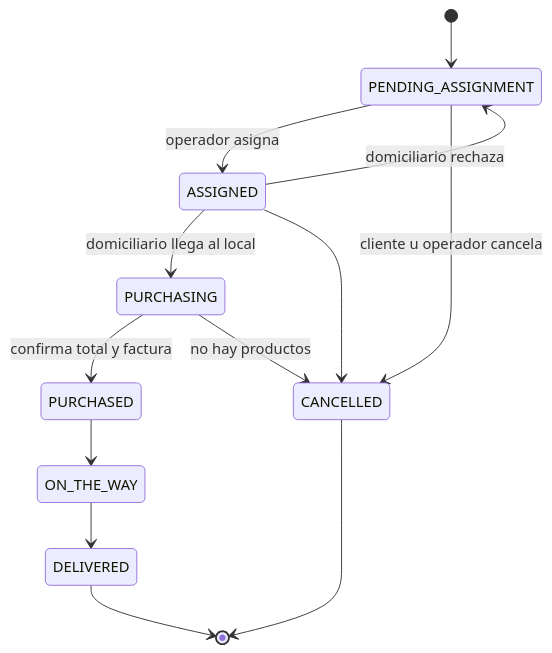
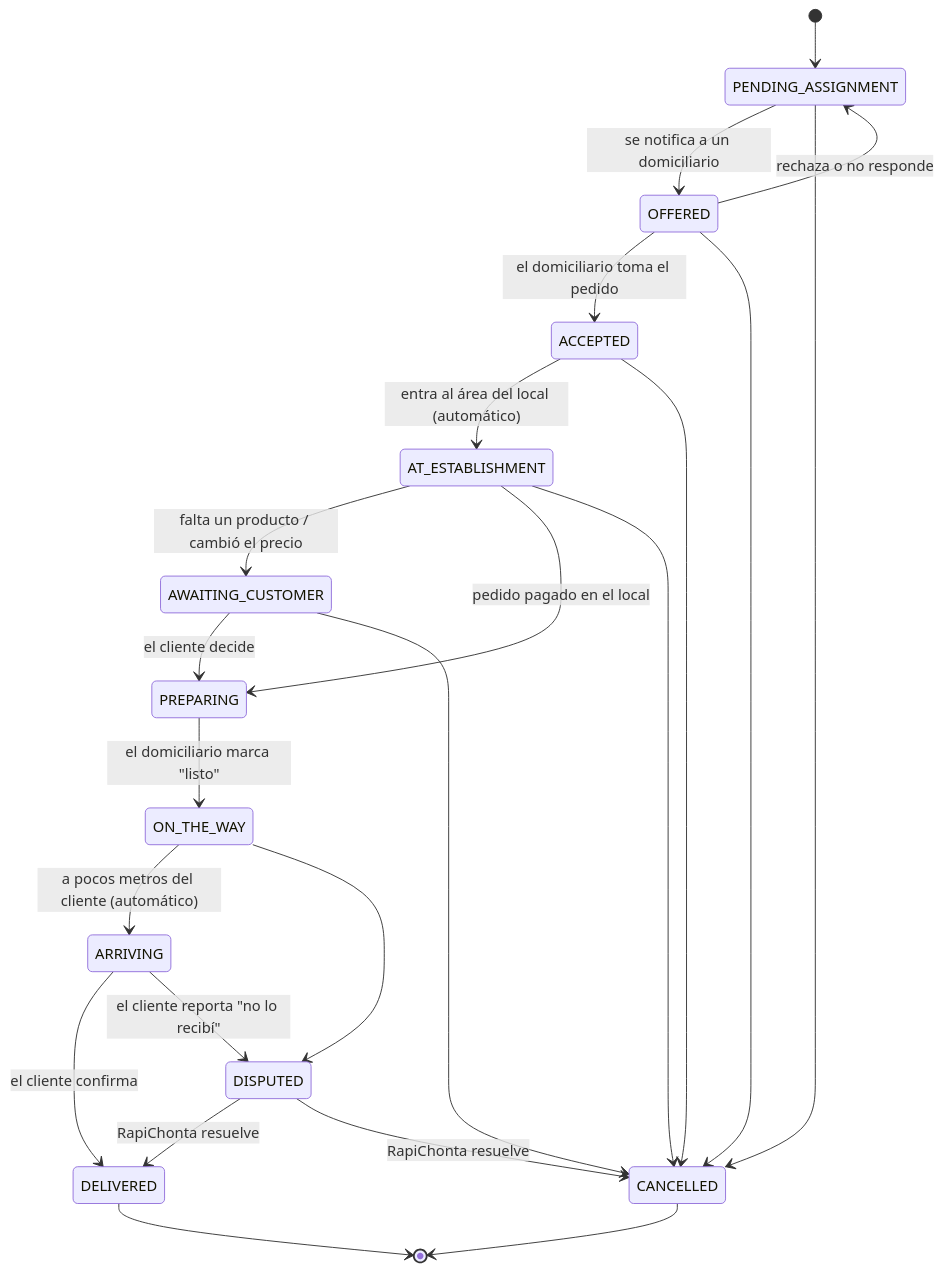
The second of 2 diagrams in Docs/05-flujos-y-ux.md (Yadirtf/RapiChonta), drawn with Mermaid before and after one commit. The commit also changed other lines of this file and 20 other files, not shown here.

````diff
--- a/Docs/05-flujos-y-ux.md
+++ b/Docs/05-flujos-y-ux.md
@@ -75,15 +87,25 @@
 ```mermaid
 stateDiagram-v2
   [*] --> PENDING_ASSIGNMENT
-  PENDING_ASSIGNMENT --> ASSIGNED: operador asigna
-  PENDING_ASSIGNMENT --> CANCELLED: cliente u operador cancela
-  ASSIGNED --> PURCHASING: domiciliario llega al local
-  ASSIGNED --> PENDING_ASSIGNMENT: domiciliario rechaza
-  ASSIGNED --> CANCELLED
-  PURCHASING --> PURCHASED: confirma total y factura
-  PURCHASING --> CANCELLED: no hay productos
-  PURCHASED --> ON_THE_WAY
-  ON_THE_WAY --> DELIVERED
+  PENDING_ASSIGNMENT --> OFFERED: se notifica a un domiciliario
+  OFFERED --> ACCEPTED: el domiciliario toma el pedido
+  OFFERED --> PENDING_ASSIGNMENT: rechaza o no responde
+  ACCEPTED --> AT_ESTABLISHMENT: entra al área del local (automático)
+  AT_ESTABLISHMENT --> AWAITING_CUSTOMER: falta un producto / cambió el precio
+  AWAITING_CUSTOMER --> PREPARING: el cliente decide
+  AT_ESTABLISHMENT --> PREPARING: pedido pagado en el local
+  PREPARING --> ON_THE_WAY: el domiciliario marca "listo"
+  ON_THE_WAY --> ARRIVING: a pocos metros del cliente (automático)
+  ARRIVING --> DELIVERED: el cliente confirma
+  ARRIVING --> DISPUTED: el cliente reporta "no lo recibí"
+  ON_THE_WAY --> DISPUTED
+  DISPUTED --> DELIVERED: RapiChonta resuelve
+  DISPUTED --> CANCELLED: RapiChonta resuelve
+  PENDING_ASSIGNMENT --> CANCELLED
+  OFFERED --> CANCELLED
+  ACCEPTED --> CANCELLED
+  AT_ESTABLISHMENT --> CANCELLED
+  AWAITING_CUSTOMER --> CANCELLED
   DELIVERED --> [*]
   CANCELLED --> [*]
 ```
````
